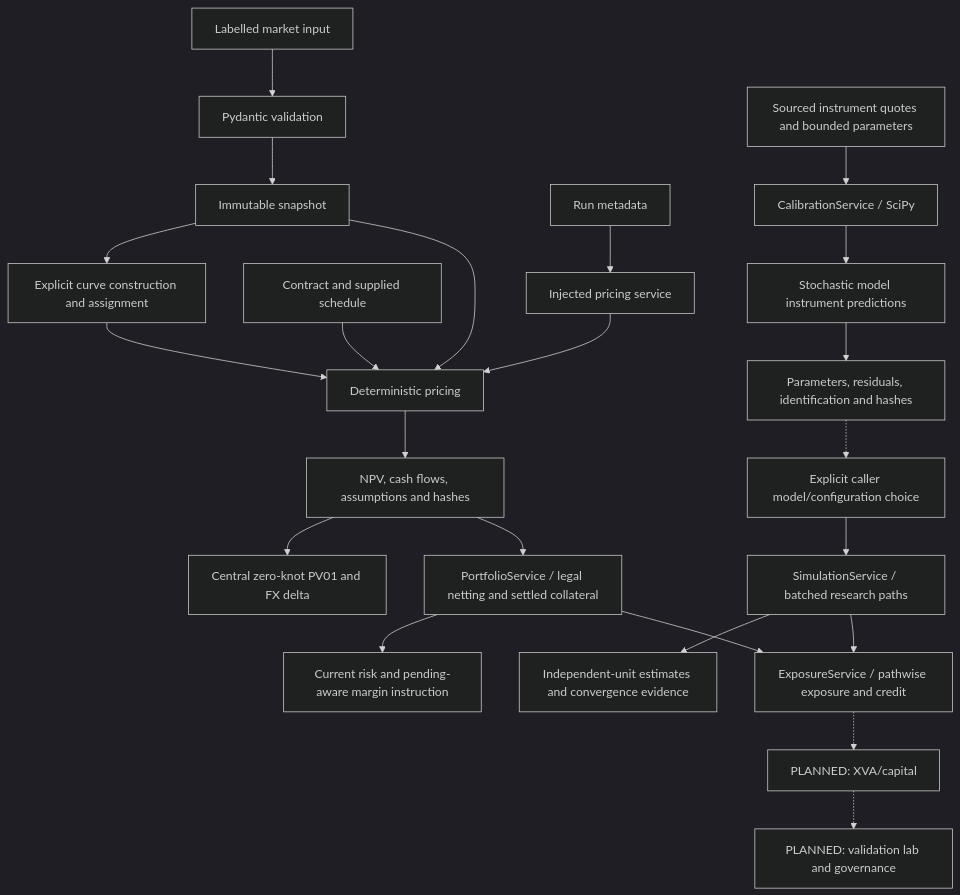
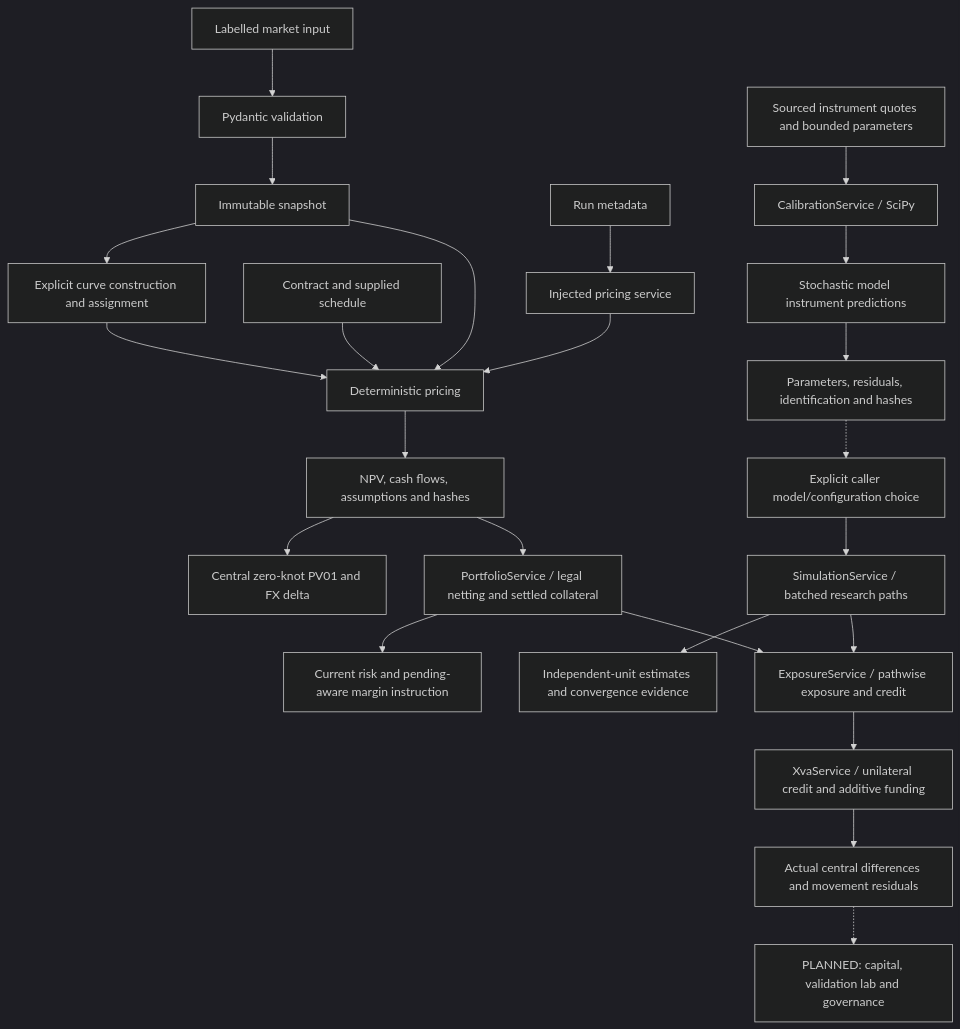
One commit to vaibhav7506/parallax-risk changed the diagram in docs/WORKFLOW.md. Above: the diagram before and after it, drawn with Mermaid (dark theme). The commit also changed other lines of this file and 17 other files, not shown here.

````diff
--- a/docs/WORKFLOW.md
+++ b/docs/WORKFLOW.md
@@ -3,25 +3,26 @@
 ```mermaid
 flowchart TD
     JSON[Labelled market input] --> VALID[Pydantic validation]
     VALID --> SNAP[Immutable snapshot]
     SNAP --> CURVES[Explicit curve construction and assignment]
     CONTRACT[Contract and supplied schedule] --> PRICE[Deterministic pricing]
     SNAP --> PRICE
     CURVES --> PRICE
     RUN[Run metadata] --> SERVICE[Injected pricing service]
     SERVICE --> PRICE
     PRICE --> RESULT[NPV, cash flows, assumptions and hashes]
     RESULT --> RISK[Central zero-knot PV01 and FX delta]
     CALJSON[Sourced instrument quotes and bounded parameters] --> CAL[CalibrationService / SciPy]
     CAL --> MODELS[Stochastic model instrument predictions]
     MODELS --> FIT[Parameters, residuals, identification and hashes]
     FIT -.-> CONFIG[Explicit caller model/configuration choice]
     CONFIG --> MC[SimulationService / batched research paths]
     MC --> STATS[Independent-unit estimates and convergence evidence]
     RESULT --> BOOK[PortfolioService / legal netting and settled collateral]
     BOOK --> CURRENT[Current risk and pending-aware margin instruction]
     MC --> EXP[ExposureService / pathwise exposure and credit]
     BOOK --> EXP
-    EXP -.-> XVA[PLANNED: XVA/capital]
-    XVA -.-> GOV[PLANNED: validation lab and governance]
+    EXP --> XVA[XvaService / unilateral credit and additive funding]
+    XVA --> XRISK[Actual central differences and movement residuals]
+    XRISK -.-> GOV[PLANNED: capital, validation lab and governance]
 ```
````
